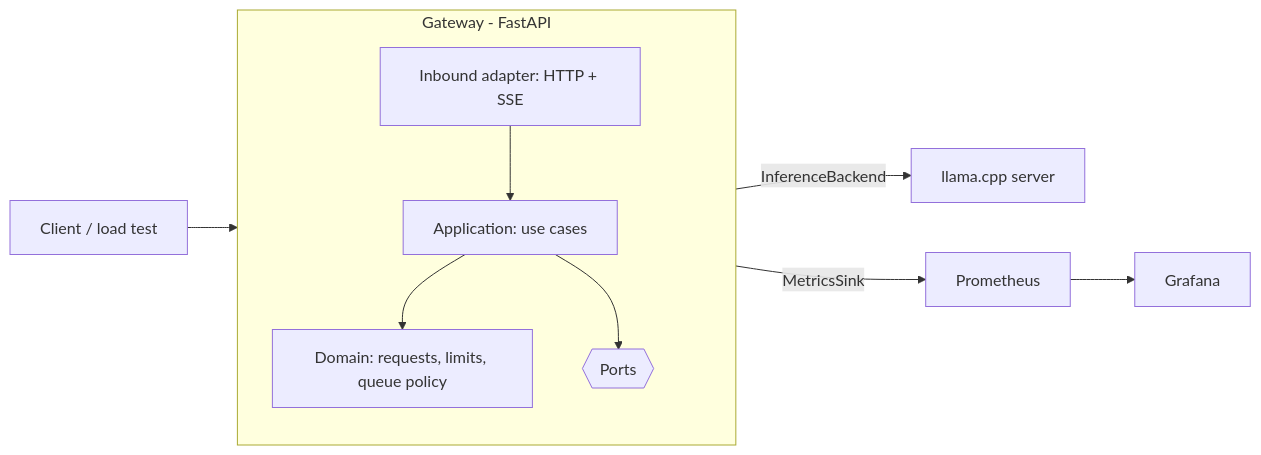
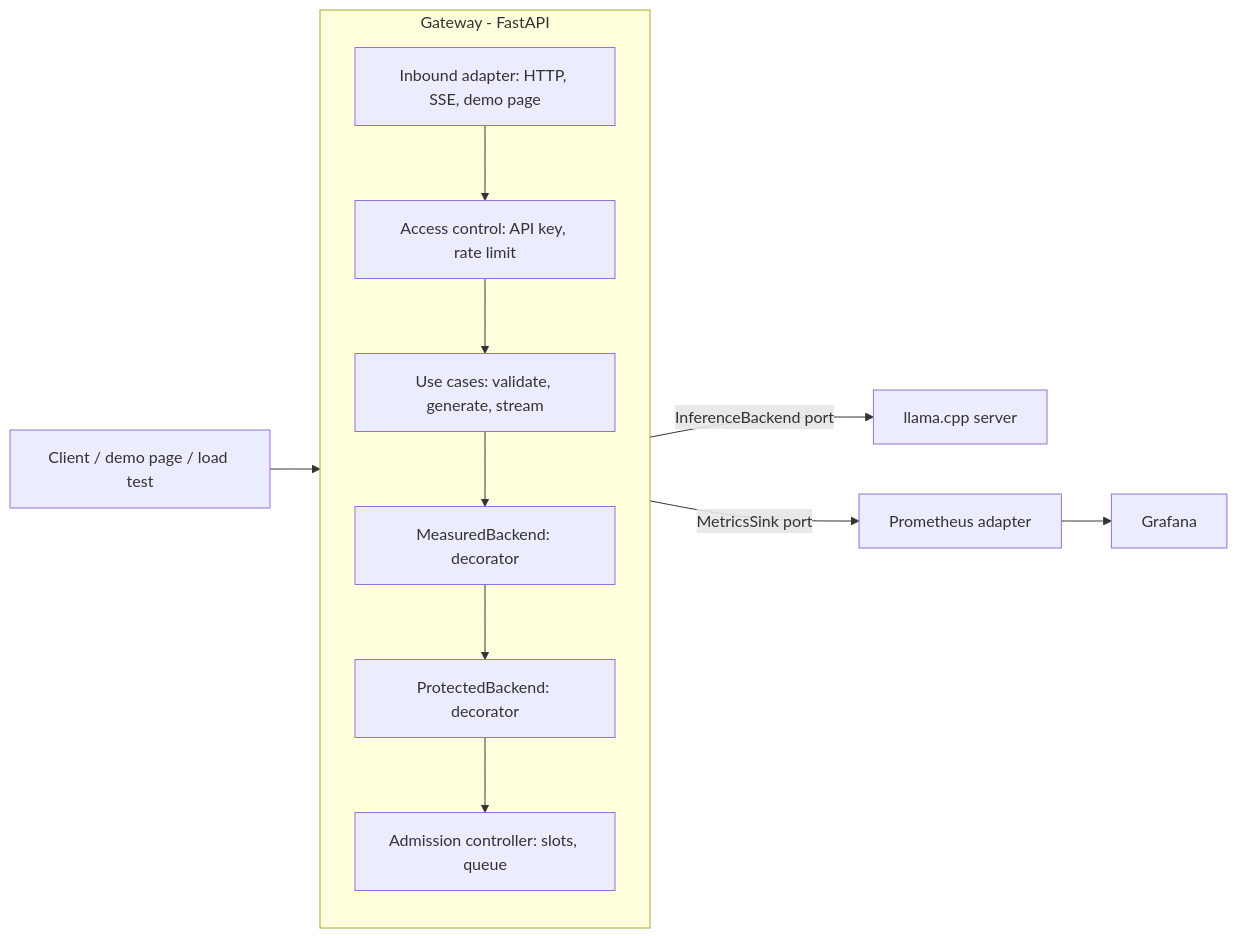
The diagram in docs/architecture.md (Juanangara/tokenscope), drawn with Mermaid before and after one commit. The commit also changed other lines of this file and 12 other files, not shown here.

Commit message:
Phase 9: demo chat page, final README, requirement status and architecture rules

````diff
--- a/docs/architecture.md
+++ b/docs/architecture.md
@@ -5,13 +5,15 @@
 ```mermaid
 flowchart LR
-    C[Client / load test] --> G
+    C[Client / demo page / load test] --> IN
     subgraph G[Gateway - FastAPI]
         direction TB
-        IN[Inbound adapter: HTTP + SSE] --> APP[Application: use cases]
-        APP --> DOM[Domain: requests, limits, queue policy]
-        APP --> P{{Ports}}
+        IN[Inbound adapter: HTTP, SSE, demo page] --> AC[Access control: API key, rate limit]
+        AC --> UC[Use cases: validate, generate, stream]
+        UC --> M[MeasuredBackend: decorator]
+        M --> P[ProtectedBackend: decorator]
+        P --> AD[Admission controller: slots, queue]
     end
-    P -->|InferenceBackend| E[llama.cpp server]
-    P -->|MetricsSink| PR[Prometheus]
+    P -->|InferenceBackend port| E[llama.cpp server]
+    M -->|MetricsSink port| PR[Prometheus adapter]
     PR --> GR[Grafana]
 ```
````
